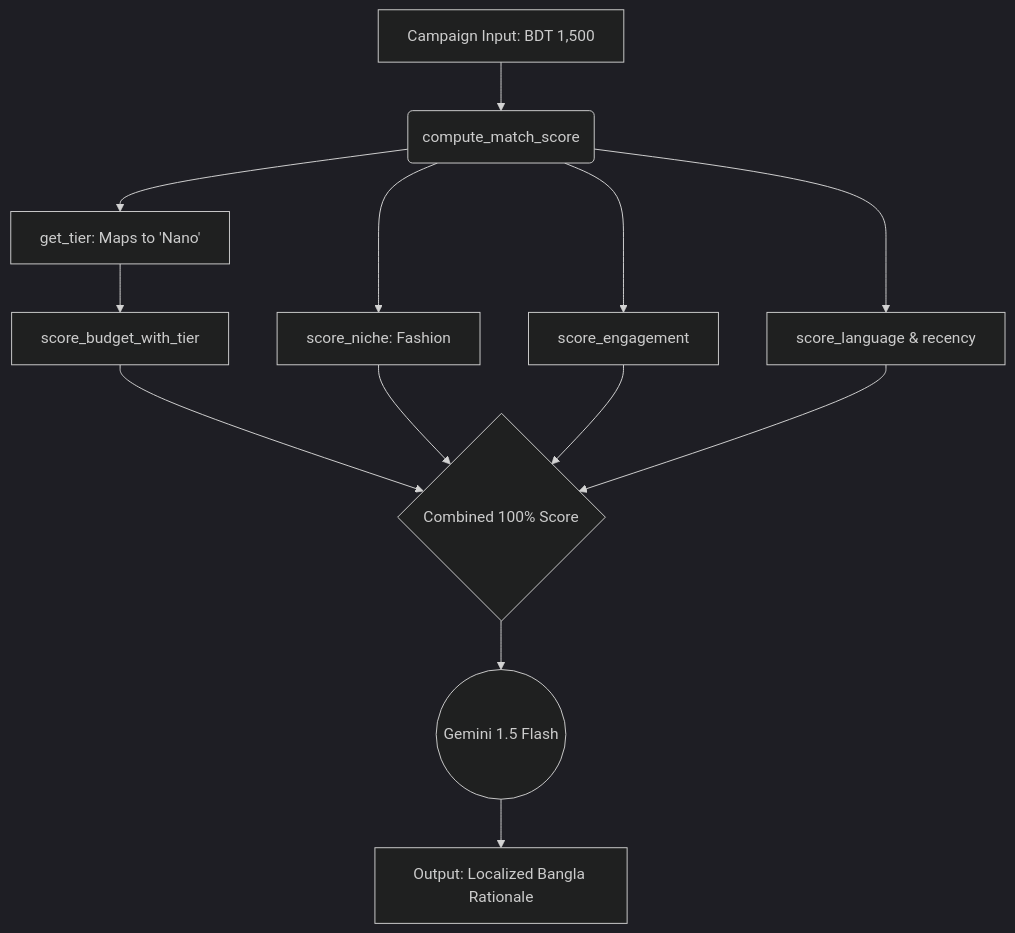
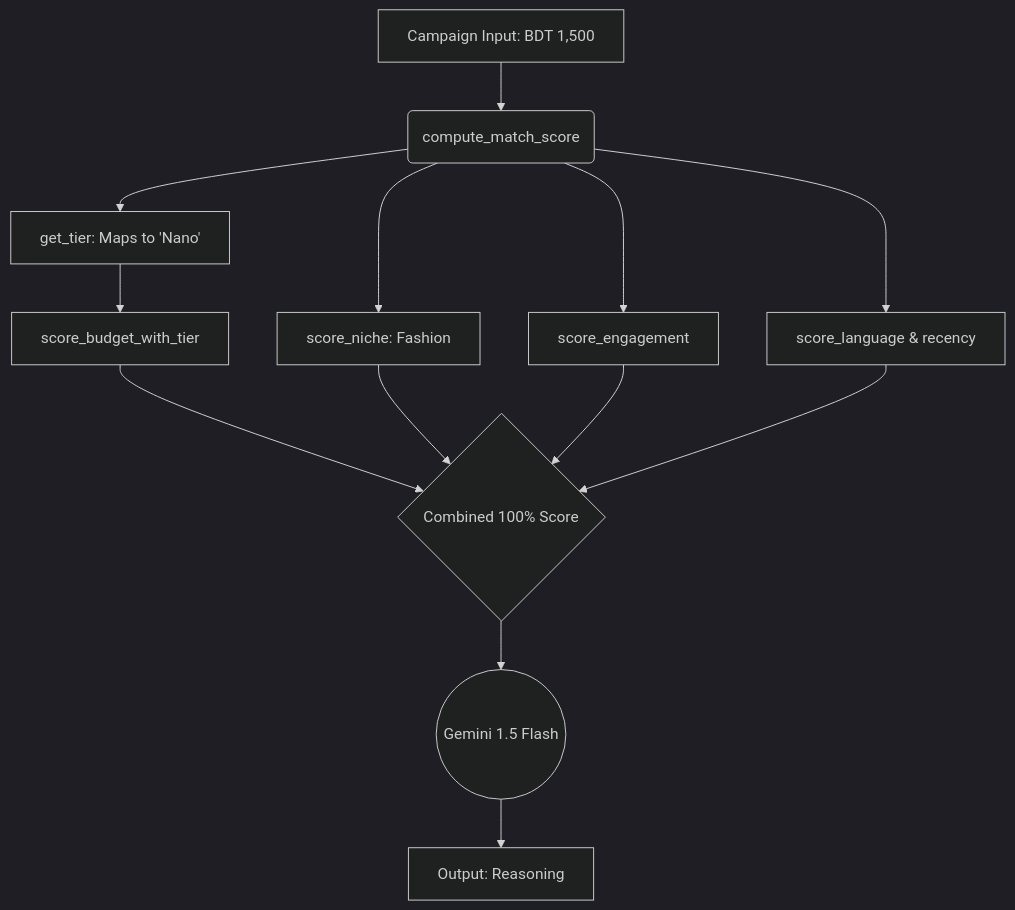
The diagram in docs/submittable.md (sakibhossain323/cohesiq), drawn with Mermaid (dark theme) before and after one commit.

````diff
--- a/docs/submittable.md
+++ b/docs/submittable.md
@@ -156,13 +156,13 @@
 ```mermaid
 graph TD
     A["Campaign Input: BDT 1,500"] --> B("compute_match_score")
     B --> C["get_tier: Maps to 'Nano'"]
     C --> D["score_budget_with_tier"]
     B --> E["score_niche: Fashion"]
     B --> F["score_engagement"]
     B --> G["score_language & recency"]
     
     D & E & F & G --> H{"Combined 100% Score"}
     H --> I(("Gemini 1.5 Flash"))
-    I --> J["Output: Localized Bangla Rationale"]
+    I --> J["Output: Reasoning"]
 ```
````
